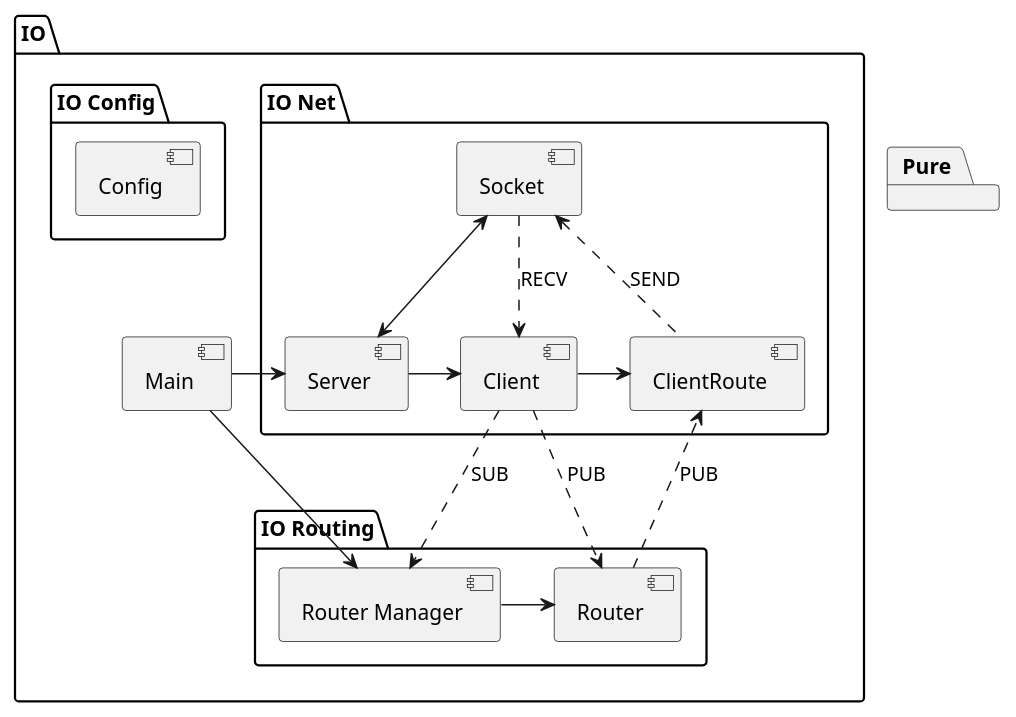
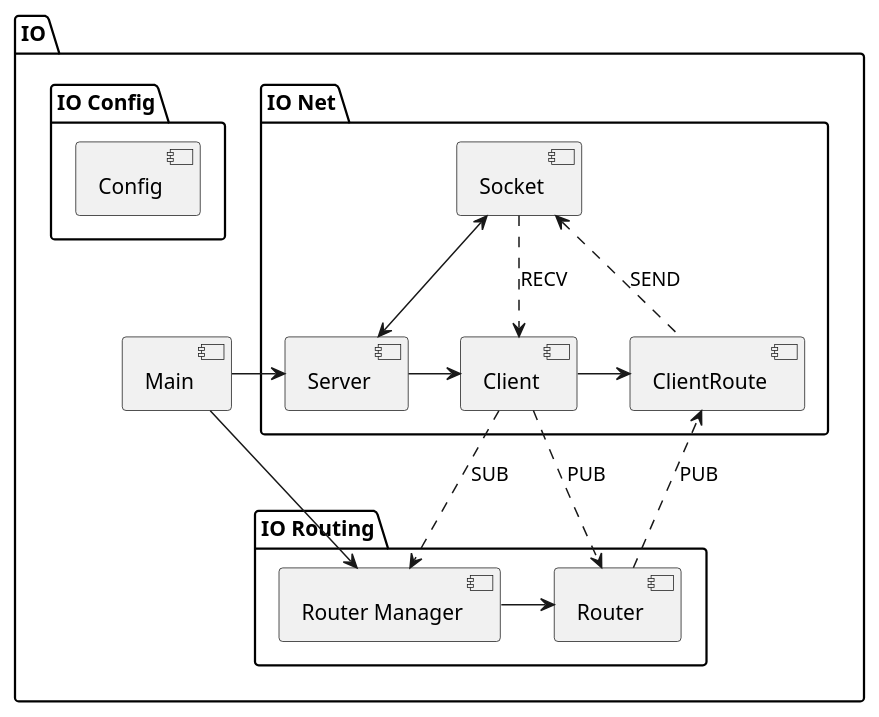
Before and after one commit to voneiden/busbroker: the first of 2 diagrams in README.md, drawn with PlantUML. The commit also changed other lines of this file and 9 other files, not shown here.

````diff
--- a/README.md
+++ b/README.md
@@ -14,29 +14,27 @@
 ```plantuml
+@startuml
 package IO {
     [Main]
     package "IO Net" {
         [Server] -> [Client]
         [Client] -> [ClientRoute]
         [Socket] <-down-> [Server]
     }
     package "IO Routing" {
         [Router Manager] -> [Router]   
     }
 
     package "IO Config" {
         [Config]
     }
 }
 
-package Pure {
-}
-
 [Client] ..> [Router Manager] : SUB
 [Client] ..> [Router] : PUB
 [Router] ..> [ClientRoute] : PUB
 [Socket] .down.> [Client] : RECV
 [ClientRoute] .up.> [Socket] : SEND
 [Main] -> [Server]
 [Main] -> [Router Manager]
 @enduml
 ```
````
